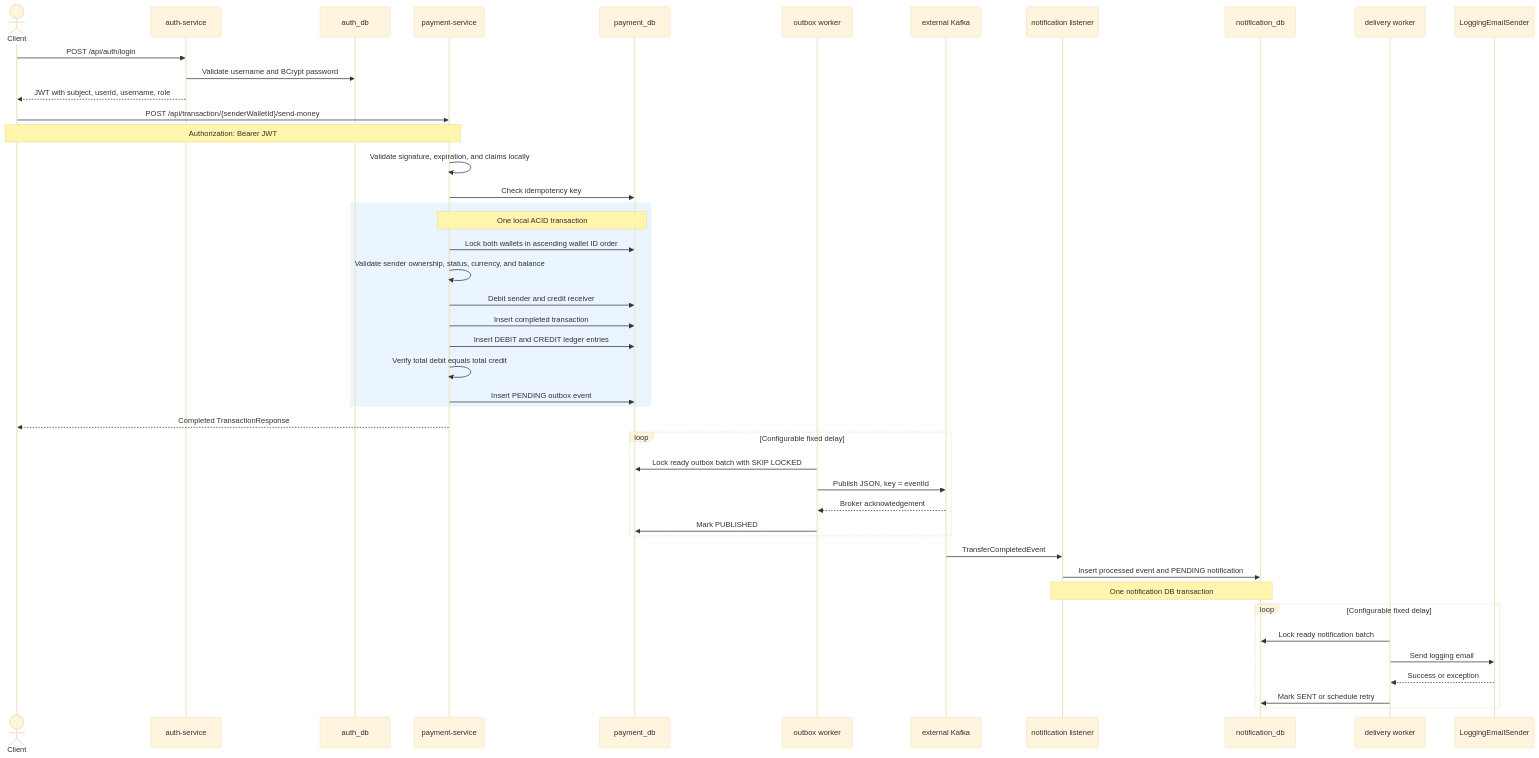
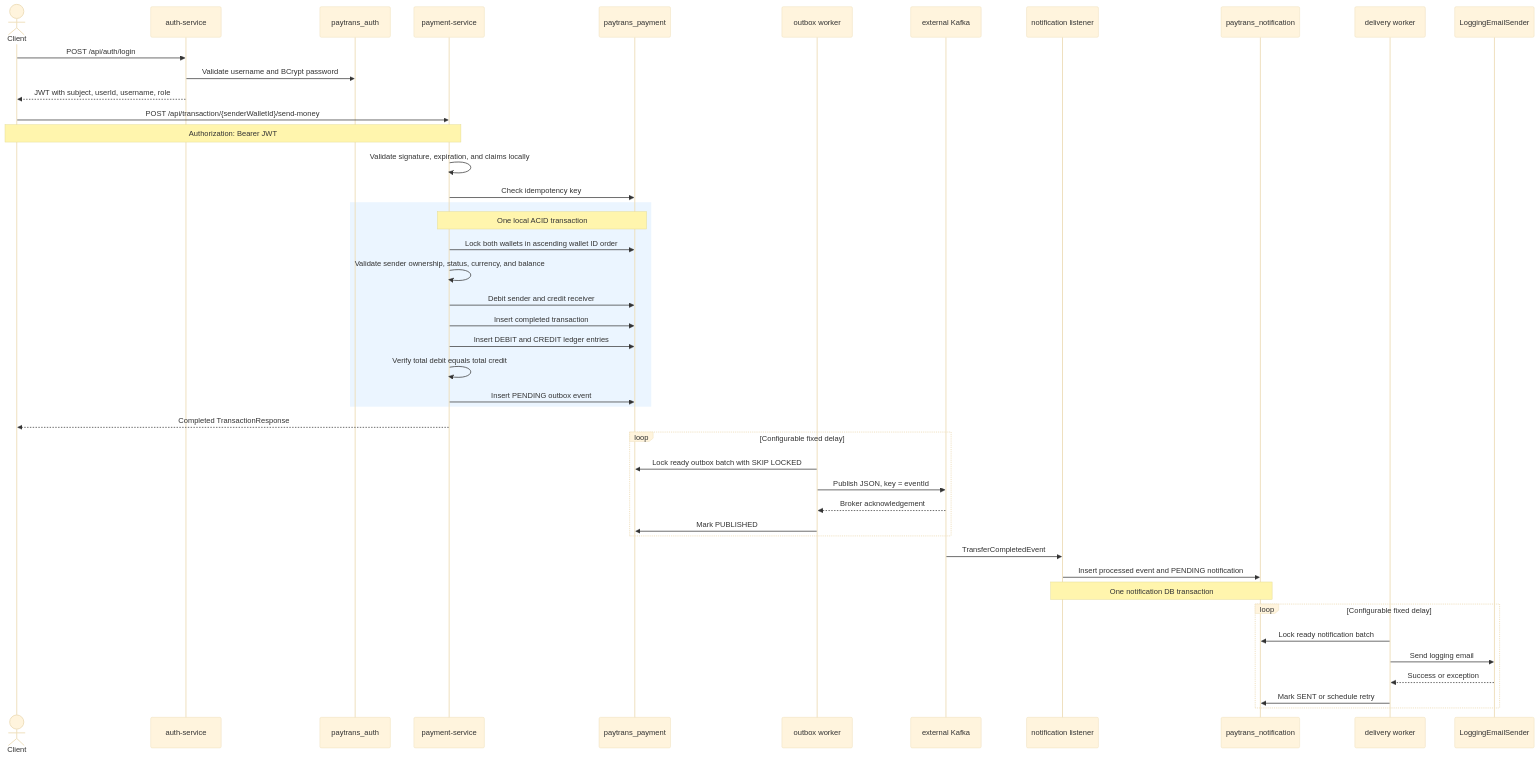
The second of 2 diagrams in README.md (kemalefekolayli/payflow_remake), drawn with Mermaid (base theme) before and after one commit. The commit also changed other lines of this file and 188 other files, not shown here.

````diff
--- a/README.md
+++ b/README.md
@@ -115,54 +115,54 @@
 ```mermaid
 sequenceDiagram
     actor Client
     participant Auth as auth-service
-    participant AuthDB as auth_db
+    participant AuthDB as paytrans_auth
     participant Payment as payment-service
-    participant PaymentDB as payment_db
+    participant PaymentDB as paytrans_payment
     participant Publisher as outbox worker
     participant Kafka as external Kafka
     participant Consumer as notification listener
-    participant NotificationDB as notification_db
+    participant NotificationDB as paytrans_notification
     participant Delivery as delivery worker
     participant Email as LoggingEmailSender
 
     Client->>Auth: POST /api/auth/login
     Auth->>AuthDB: Validate username and BCrypt password
     Auth-->>Client: JWT with subject, userId, username, role
 
     Client->>Payment: POST /api/transaction/{senderWalletId}/send-money
     Note over Client,Payment: Authorization: Bearer JWT
     Payment->>Payment: Validate signature, expiration, and claims locally
     Payment->>PaymentDB: Check idempotency key
 
     rect rgb(235, 245, 255)
         Note over Payment,PaymentDB: One local ACID transaction
         Payment->>PaymentDB: Lock both wallets in ascending wallet ID order
         Payment->>Payment: Validate sender ownership, status, currency, and balance
         Payment->>PaymentDB: Debit sender and credit receiver
         Payment->>PaymentDB: Insert completed transaction
         Payment->>PaymentDB: Insert DEBIT and CREDIT ledger entries
         Payment->>Payment: Verify total debit equals total credit
         Payment->>PaymentDB: Insert PENDING outbox event
     end
 
     Payment-->>Client: Completed TransactionResponse
 
     loop Configurable fixed delay
         Publisher->>PaymentDB: Lock ready outbox batch with SKIP LOCKED
         Publisher->>Kafka: Publish JSON, key = eventId
         Kafka-->>Publisher: Broker acknowledgement
         Publisher->>PaymentDB: Mark PUBLISHED
     end
 
     Kafka->>Consumer: TransferCompletedEvent
     Consumer->>NotificationDB: Insert processed event and PENDING notification
     Note over Consumer,NotificationDB: One notification DB transaction
 
     loop Configurable fixed delay
         Delivery->>NotificationDB: Lock ready notification batch
         Delivery->>Email: Send logging email
         Email-->>Delivery: Success or exception
         Delivery->>NotificationDB: Mark SENT or schedule retry
     end
 ```
````
